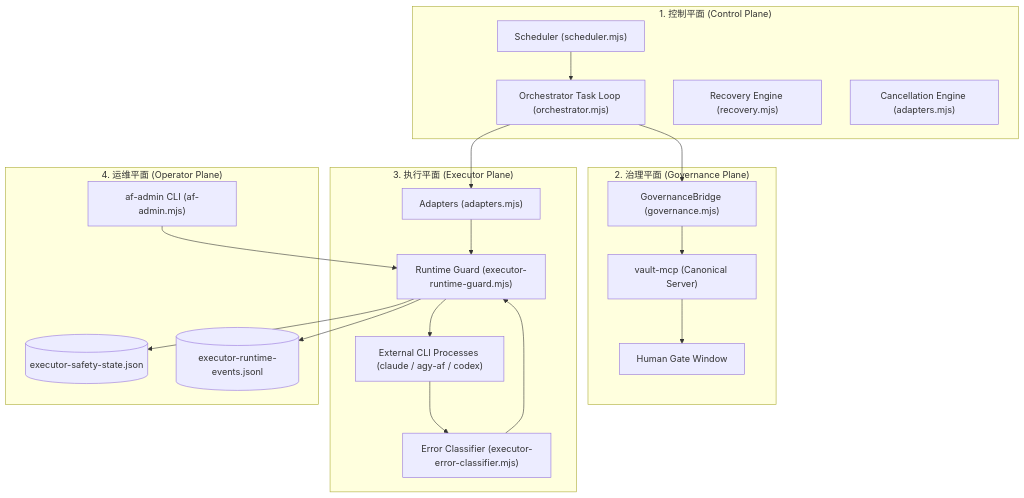
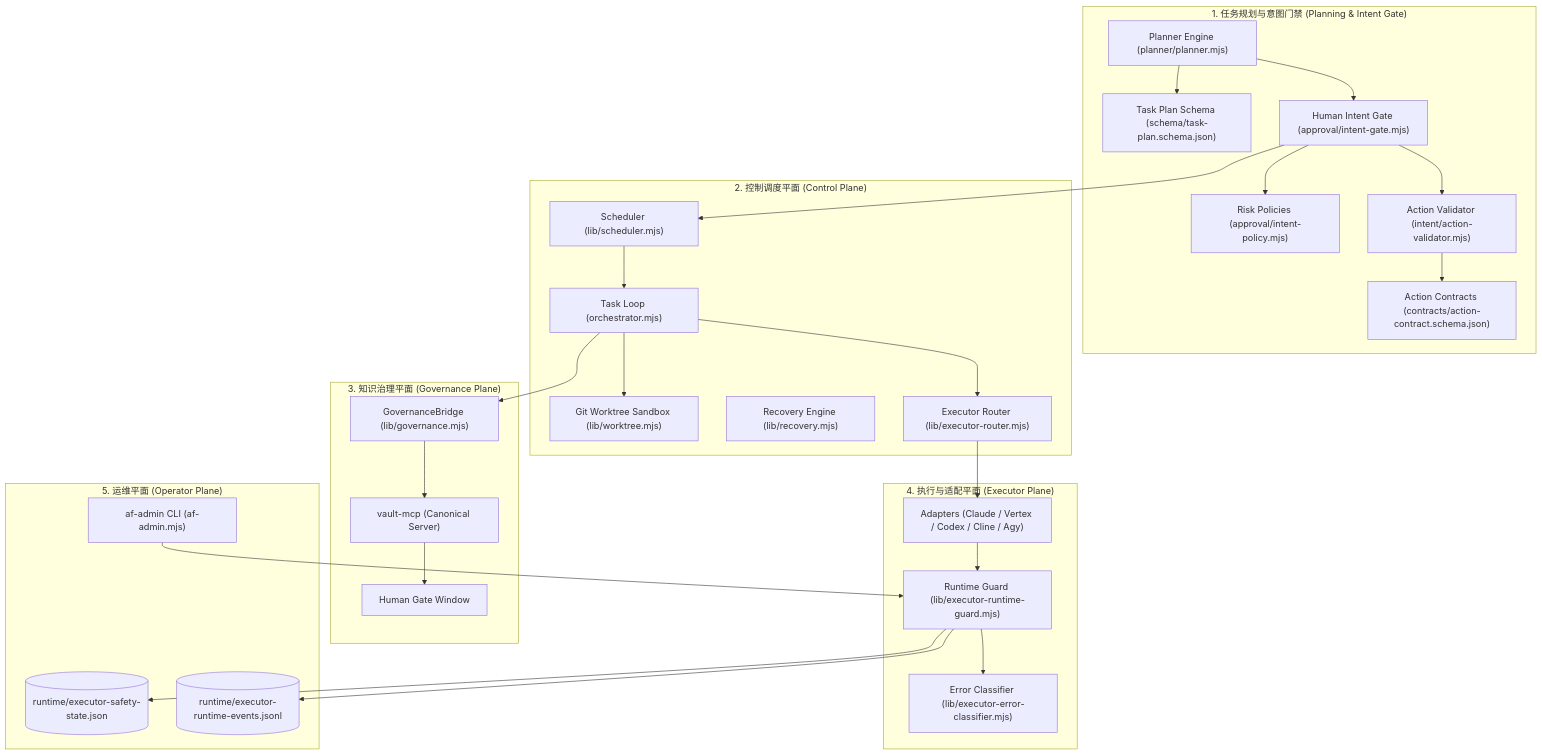
Before and after one commit to opperl1114/agent-foundry-orchestrator: the diagram in FINAL_ARCHITECTURE.md, drawn with Mermaid. The commit also changed other lines of this file and 74 other files, not shown here.

````diff
--- a/FINAL_ARCHITECTURE.md
+++ b/FINAL_ARCHITECTURE.md
@@ -26,41 +29,56 @@
 ```mermaid
 graph TD
-    subgraph ControlPlane["1. 控制平面 (Control Plane)"]
-        Scheduler["Scheduler (scheduler.mjs)"]
-        TaskLoop["Orchestrator Task Loop (orchestrator.mjs)"]
-        Recovery["Recovery Engine (recovery.mjs)"]
-        Cancel["Cancellation Engine (adapters.mjs)"]
+    subgraph PlanningPlane["1. 任务规划与意图门禁 (Planning & Intent Gate)"]
+        Planner["Planner Engine (planner/planner.mjs)"]
+        PlanSchema["Task Plan Schema (schema/task-plan.schema.json)"]
+        IntentGate["Human Intent Gate (approval/intent-gate.mjs)"]
+        IntentPolicy["Risk Policies (approval/intent-policy.mjs)"]
+        ActionValidator["Action Validator (intent/action-validator.mjs)"]
+        Contracts["Action Contracts (contracts/action-contract.schema.json)"]
     end
 
-    subgraph GovernancePlane["2. 治理平面 (Governance Plane)"]
-        Bridge["GovernanceBridge (governance.mjs)"]
+    subgraph ControlPlane["2. 控制调度平面 (Control Plane)"]
+        Scheduler["Scheduler (lib/scheduler.mjs)"]
+        TaskLoop["Task Loop (orchestrator.mjs)"]
+        Worktree["Git Worktree Sandbox (lib/worktree.mjs)"]
+        Recovery["Recovery Engine (lib/recovery.mjs)"]
+        Router["Executor Router (lib/executor-router.mjs)"]
+    end
+
+    subgraph GovernancePlane["3. 知识治理平面 (Governance Plane)"]
+        Bridge["GovernanceBridge (lib/governance.mjs)"]
         VaultMCP["vault-mcp (Canonical Server)"]
         HumanGate["Human Gate Window"]
     end
 
-    subgraph ExecutorPlane["3. 执行平面 (Executor Plane)"]
-        Adapters["Adapters (adapters.mjs)"]
-        RuntimeGuard["Runtime Guard (executor-runtime-guard.mjs)"]
-        Classifier["Error Classifier (executor-error-classifier.mjs)"]
-        Executors["External CLI Processes (claude / agy-af / codex)"]
+    subgraph ExecutorPlane["4. 执行与适配平面 (Executor Plane)"]
+        Adapters["Adapters (Claude / Vertex / Codex / Cline / Agy)"]
+        RuntimeGuard["Runtime Guard (lib/executor-runtime-guard.mjs)"]
+        Classifier["Error Classifier (lib/executor-error-classifier.mjs)"]
     end
 
-    subgraph OperatorPlane["4. 运维平面 (Operator Plane)"]
+    subgraph OperatorPlane["5. 运维平面 (Operator Plane)"]
         CLI["af-admin CLI (af-admin.mjs)"]
-        StateJSON[("executor-safety-state.json")]
-        AuditLog[("executor-runtime-events.jsonl")]
+        StateJSON[("runtime/executor-safety-state.json")]
+        AuditLog[("runtime/executor-runtime-events.jsonl")]
     end
 
+    Planner --> PlanSchema
+    Planner --> IntentGate
+    IntentGate --> IntentPolicy
+    IntentGate --> ActionValidator
+    ActionValidator --> Contracts
+    IntentGate --> Scheduler
     Scheduler --> TaskLoop
+    TaskLoop --> Worktree
     TaskLoop --> Bridge
     Bridge --> VaultMCP
     VaultMCP --> HumanGate
-    TaskLoop --> Adapters
+    TaskLoop --> Router
+    Router --> Adapters
     Adapters --> RuntimeGuard
-    RuntimeGuard --> Executors
-    Executors --> Classifier
-    Classifier --> RuntimeGuard
+    RuntimeGuard --> Classifier
     CLI --> RuntimeGuard
     RuntimeGuard --> StateJSON
     RuntimeGuard --> AuditLog
 ```
````
